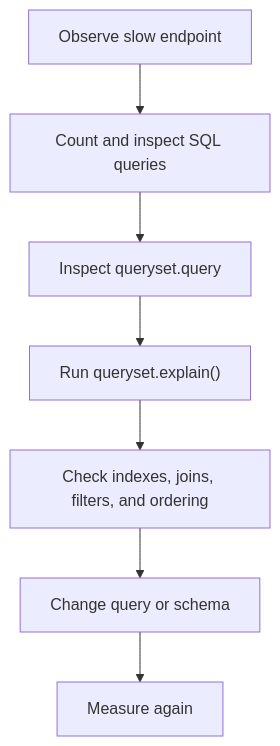
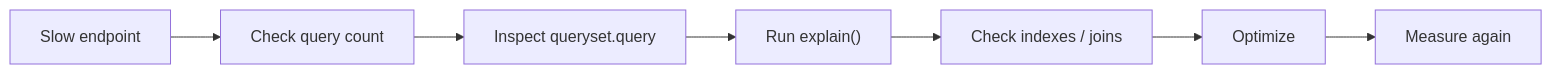
Before and after one commit to AvadhBhalodiya/Interview-Preparation: the fourth of 5 diagrams in src/content/django/orm-querysets-lazy-evaluation.md, drawn with Mermaid. The commit also changed other lines of this file and 80 other files, not shown here.

````diff
--- a/src/content/django/orm-querysets-lazy-evaluation.md
+++ b/src/content/django/orm-querysets-lazy-evaluation.md
@@ -1149,9 +803,9 @@
 ```mermaid
-flowchart TD
-    A[Observe slow endpoint] --> B[Count and inspect SQL queries]
+flowchart LR
+    A["Slow endpoint"] --> B["Check query count"]
     B --> C["Inspect queryset.query"]
-    C --> D["Run queryset.explain()"]
-    D --> E["Check indexes, joins, filters, and ordering"]
-    E --> F[Change query or schema]
-    F --> G[Measure again]
+    C --> D["Run explain()"]
+    D --> E["Check indexes / joins"]
+    E --> F["Optimize"]
+    F --> G["Measure again"]
 ```
````
